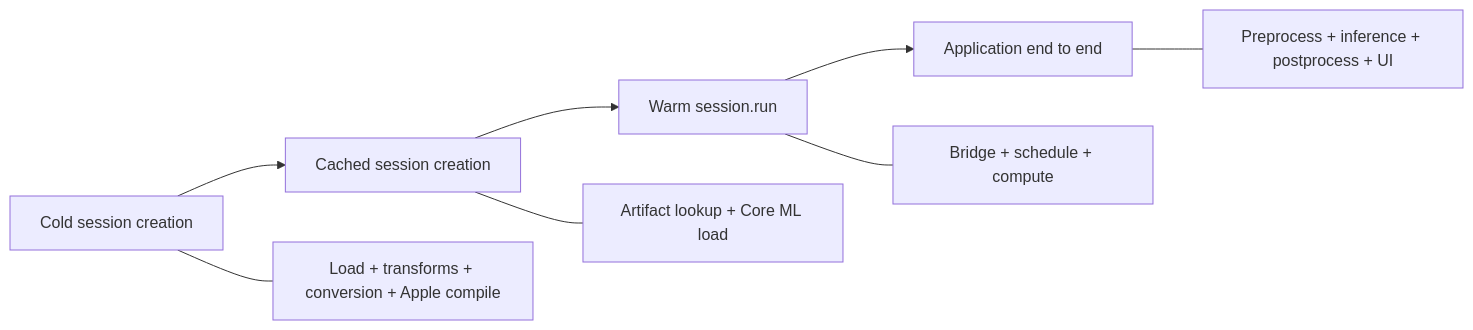
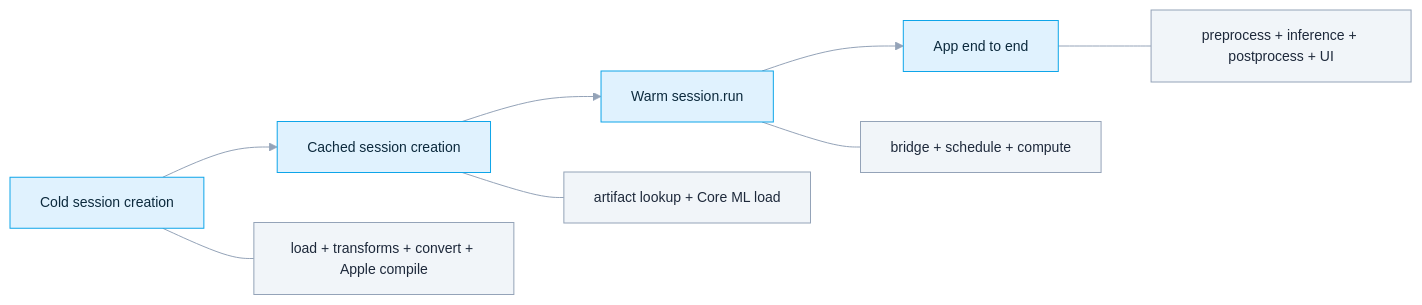
Before and after one commit to DakeQQ/Tutorial-ONNX-Runtime-Execution-Providers: the tenth of 12 diagrams in Apple/README.md, drawn with Mermaid. The commit also changed other lines of this file and 15 other files, not shown here.

````diff
--- a/Apple/README.md
+++ b/Apple/README.md
@@ -433,10 +573,15 @@
 ```mermaid
+%%{init: {"theme":"base","themeVariables":{"fontSize":"14px","lineColor":"#94a3b8","edgeLabelBackground":"#e2e8f0","primaryTextColor":"#1e293b"}}}%%
 flowchart LR
-  A[Cold session creation] --> B[Cached session creation]
-  B --> C[Warm session.run]
-  C --> D[Application end to end]
-  A --- A1[Load + transforms + conversion + Apple compile]
-  B --- B1[Artifact lookup + Core ML load]
-  C --- C1[Bridge + schedule + compute]
-  D --- D1[Preprocess + inference + postprocess + UI]
+  A["Cold session creation"] --> B["Cached session creation"]
+  B --> C["Warm session.run"]
+  C --> D["App end to end"]
+  A --- A1["load + transforms + convert + Apple compile"]
+  B --- B1["artifact lookup + Core ML load"]
+  C --- C1["bridge + schedule + compute"]
+  D --- D1["preprocess + inference + postprocess + UI"]
+  classDef step fill:#e0f2fe,stroke:#0ea5e9,color:#0c2a3d;
+  classDef note fill:#f1f5f9,stroke:#94a3b8,color:#1e293b;
+  class A,B,C,D step;
+  class A1,B1,C1,D1 note;
 ```
````
